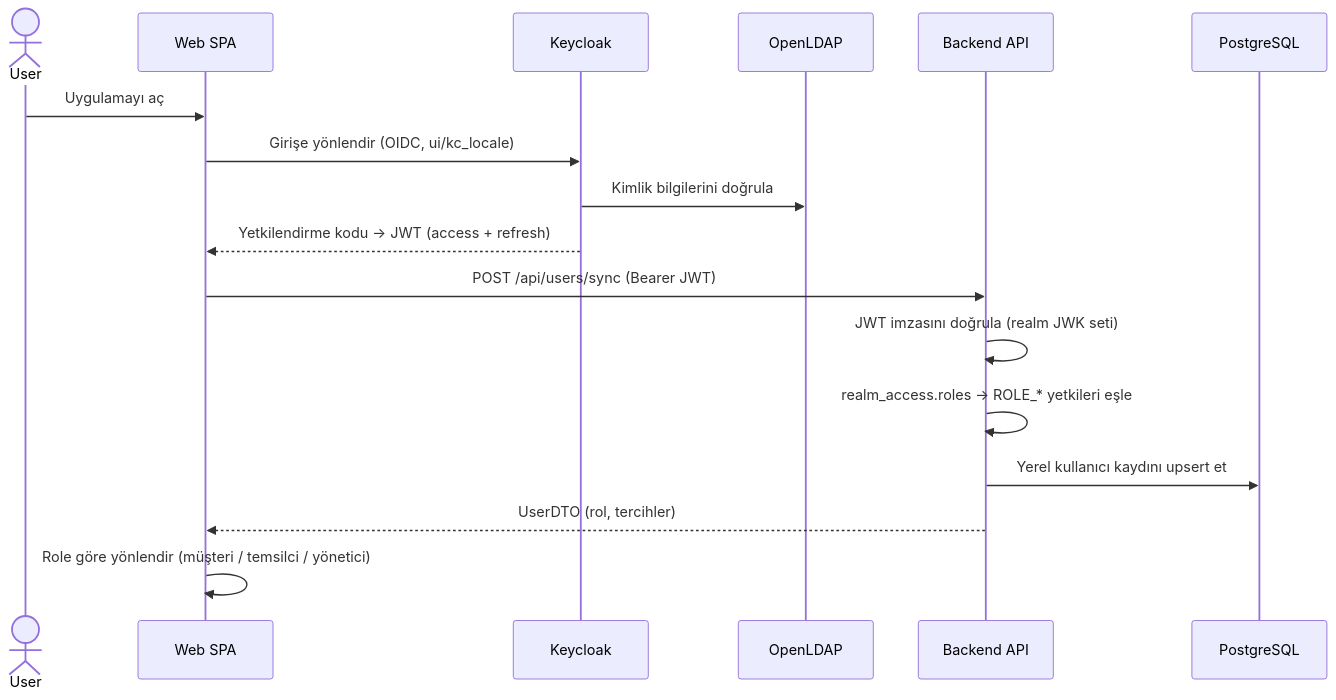
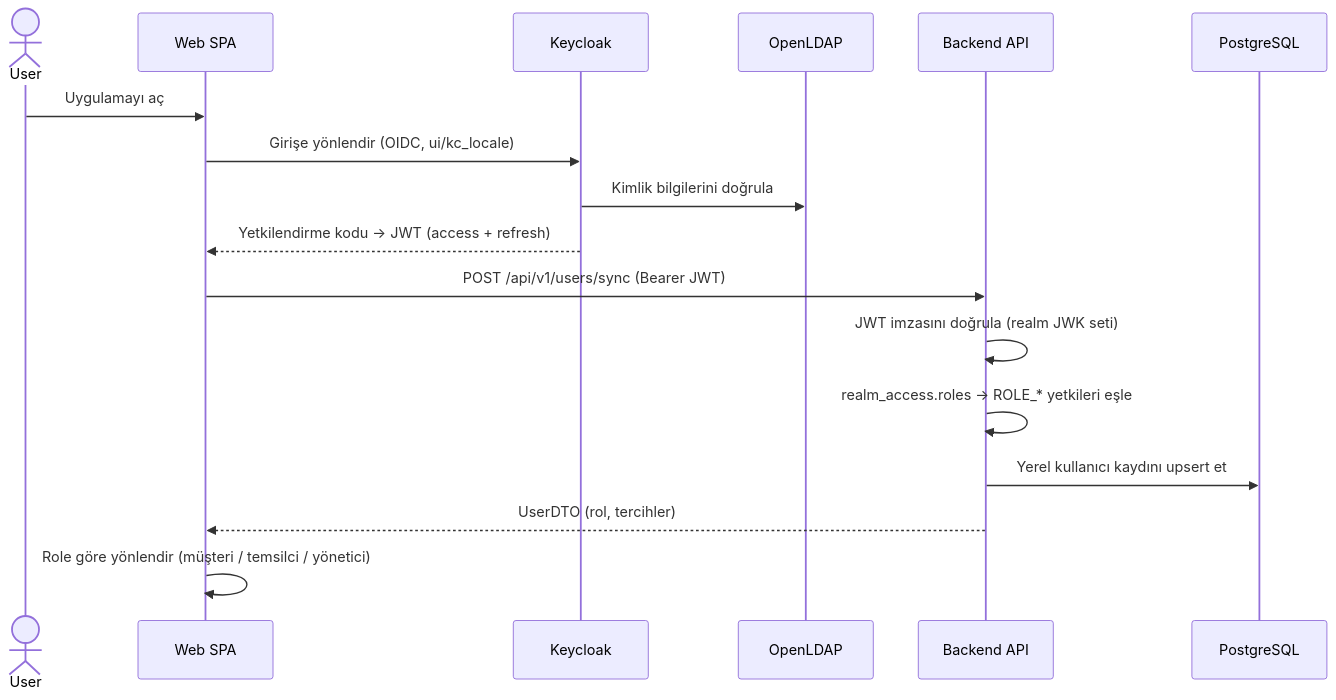
Before and after one commit to UKBey/TicketSystem: the third of 6 diagrams in docs/ARCHITECTURE.tr.md, drawn with Mermaid. The commit also changed other lines of this file and 47 other files, not shown here.

````diff
--- a/docs/ARCHITECTURE.tr.md
+++ b/docs/ARCHITECTURE.tr.md
@@ -184,20 +184,20 @@
 ```mermaid
 sequenceDiagram
     actor User
     participant SPA as Web SPA
     participant KC as Keycloak
     participant LDAP as OpenLDAP
     participant API as Backend API
     participant DB as PostgreSQL
 
     User->>SPA: Uygulamayı aç
     SPA->>KC: Girişe yönlendir (OIDC, ui/kc_locale)
     KC->>LDAP: Kimlik bilgilerini doğrula
     KC-->>SPA: Yetkilendirme kodu → JWT (access + refresh)
-    SPA->>API: POST /api/users/sync (Bearer JWT)
+    SPA->>API: POST /api/v1/users/sync (Bearer JWT)
     API->>API: JWT imzasını doğrula (realm JWK seti)
     API->>API: realm_access.roles → ROLE_* yetkileri eşle
     API->>DB: Yerel kullanıcı kaydını upsert et
     API-->>SPA: UserDTO (rol, tercihler)
     SPA->>SPA: Role göre yönlendir (müşteri / temsilci / yönetici)
 ```
````
